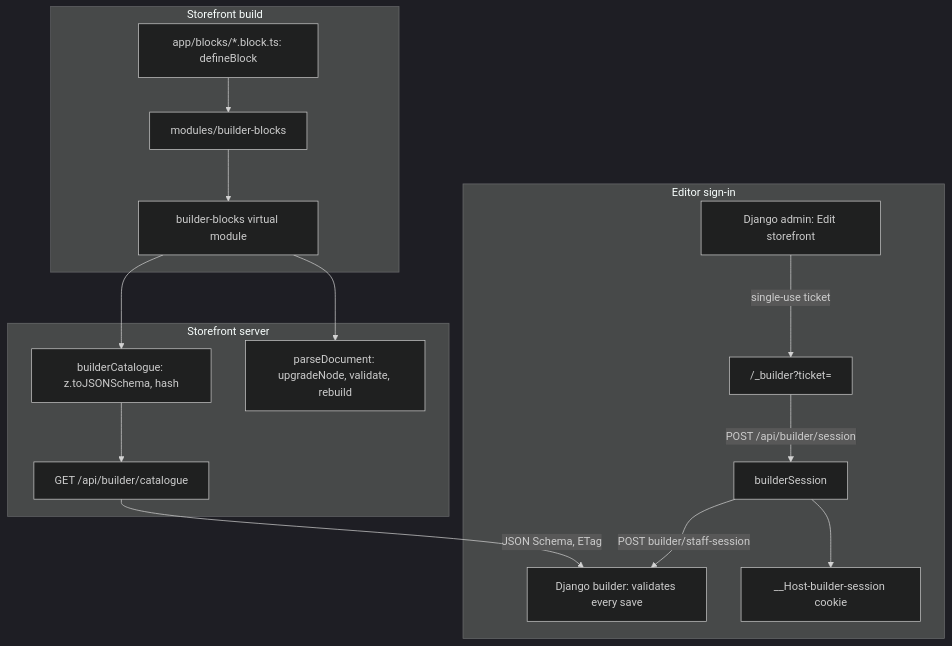
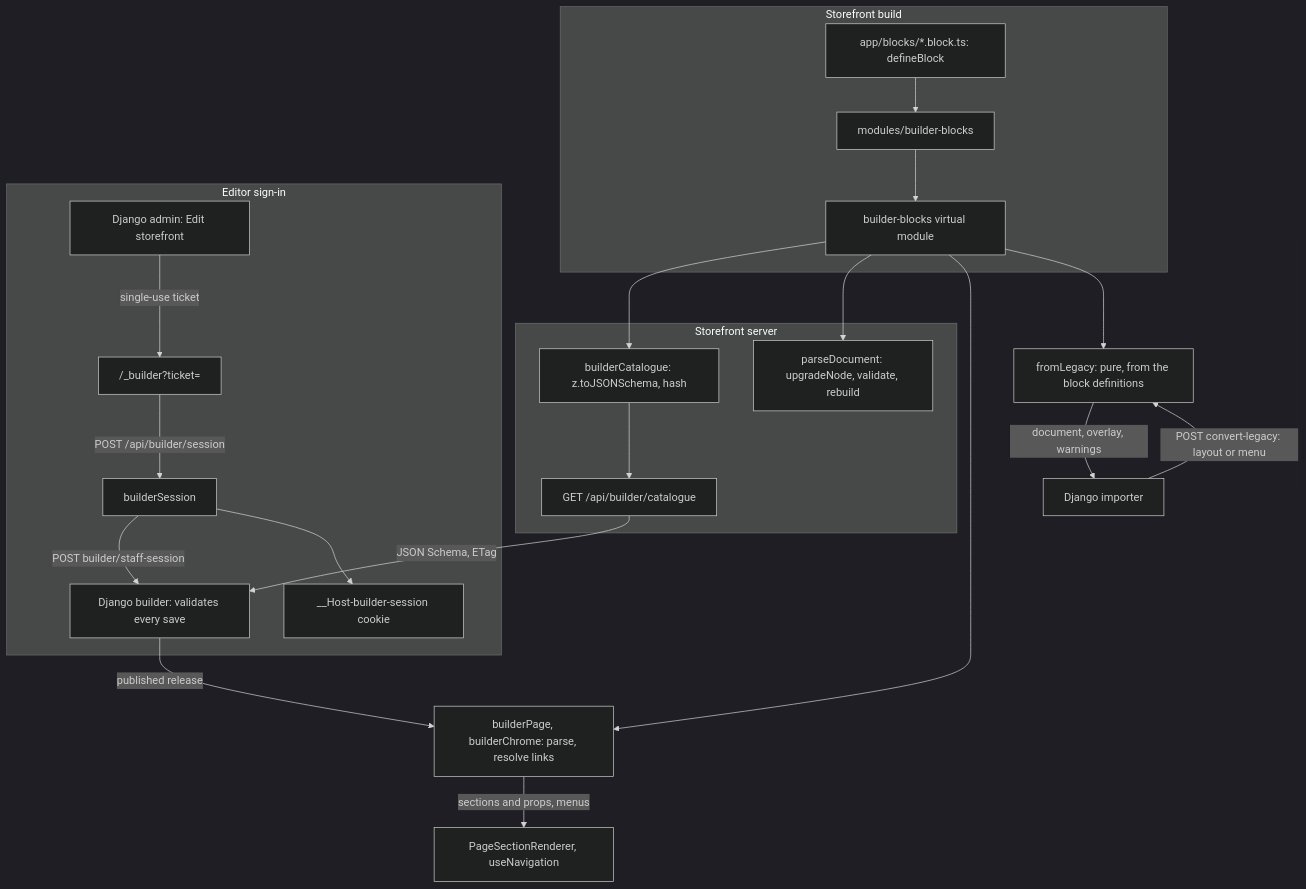
One commit to vasilistotskas/grooveshop-docs changed the diagram in src/dev/flows/page-builder.md. Above: the diagram before and after it, drawn with Mermaid (dark theme). The commit also changed other lines of this file, not shown here.

First line of the commit message:
docs(dev): describe the port to blocks, the converter, the menus, the links and the render from the builder (#103)

````diff
--- a/src/dev/flows/page-builder.md
+++ b/src/dev/flows/page-builder.md
@@ -25,22 +27,30 @@
 ```mermaid
 flowchart TD
   subgraph Build["Storefront build"]
     Defs["app/blocks/*.block.ts: defineBlock"] --> Mod["modules/builder-blocks"]
     Mod --> Virtual["builder-blocks virtual module"]
   end
 
   subgraph Server["Storefront server"]
     Virtual --> Catalogue["builderCatalogue: z.toJSONSchema, hash"]
     Catalogue --> Endpoint["GET /api/builder/catalogue"]
     Virtual --> Parse["parseDocument: upgradeNode, validate, rebuild"]
   end
 
   Endpoint -->|"JSON Schema, ETag"| Django["Django builder: validates every save"]
 
+  Django -->|"published release"| Pages["builderPage, builderChrome: parse, resolve links"]
+  Virtual --> Pages
+  Pages -->|"sections and props, menus"| Render["PageSectionRenderer, useNavigation"]
+
+  Importer["Django importer"] -->|"POST convert-legacy: layout or menu"| Convert["fromLegacy: pure, from the block definitions"]
+  Virtual --> Convert
+  Convert -->|"document, overlay, warnings"| Importer
+
   subgraph Editor["Editor sign-in"]
     Admin["Django admin: Edit storefront"] -->|"single-use ticket"| Page["/_builder?ticket="]
     Page -->|"POST /api/builder/session"| Session["builderSession"]
     Session -->|"POST builder/staff-session"| Django
     Session --> Cookie["__Host-builder-session cookie"]
   end
 ```
````
